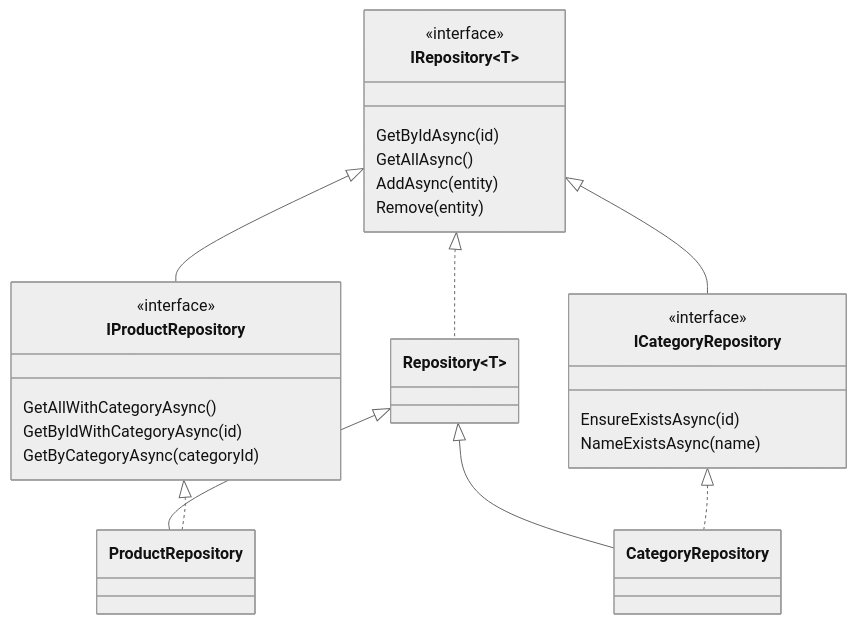
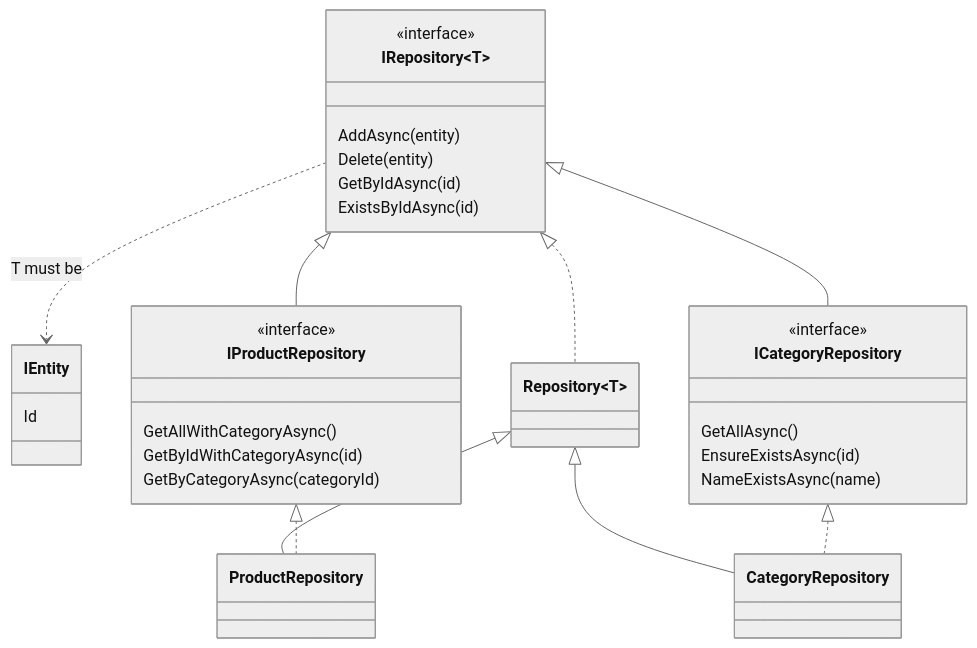
The second of 3 diagrams in docs/01-repository-pattern.md (wesamkhateeb98-creator/clean-architecture-uow-repository), drawn with Mermaid (neutral theme) before and after one commit. The commit also changed other lines of this file and 73 other files, not shown here.

Commit message:
refactor: align Shop.Demo with clean-architecture template (Abstracts, IEntity, CompleteAsync/Transaction, Presentation layer)

````diff
--- a/docs/01-repository-pattern.md
+++ b/docs/01-repository-pattern.md
@@ -15,31 +15,36 @@
 ```mermaid
 classDiagram
+    class IEntity {
+        Id
+    }
     class IRepository~T~ {
         <<interface>>
+        AddAsync(entity)
+        Delete(entity)
         GetByIdAsync(id)
-        GetAllAsync()
-        AddAsync(entity)
-        Remove(entity)
+        ExistsByIdAsync(id)
     }
     class IProductRepository {
         <<interface>>
         GetAllWithCategoryAsync()
         GetByIdWithCategoryAsync(id)
         GetByCategoryAsync(categoryId)
     }
     class ICategoryRepository {
         <<interface>>
+        GetAllAsync()
         EnsureExistsAsync(id)
         NameExistsAsync(name)
     }
+    IRepository~T~ ..> IEntity : T must be
     IRepository~T~ <|-- IProductRepository
     IRepository~T~ <|-- ICategoryRepository
     class Repository~T~
     class ProductRepository
     class CategoryRepository
     IRepository~T~ <|.. Repository~T~
     Repository~T~ <|-- ProductRepository
     Repository~T~ <|-- CategoryRepository
     IProductRepository <|.. ProductRepository
     ICategoryRepository <|.. CategoryRepository
 ```
````
